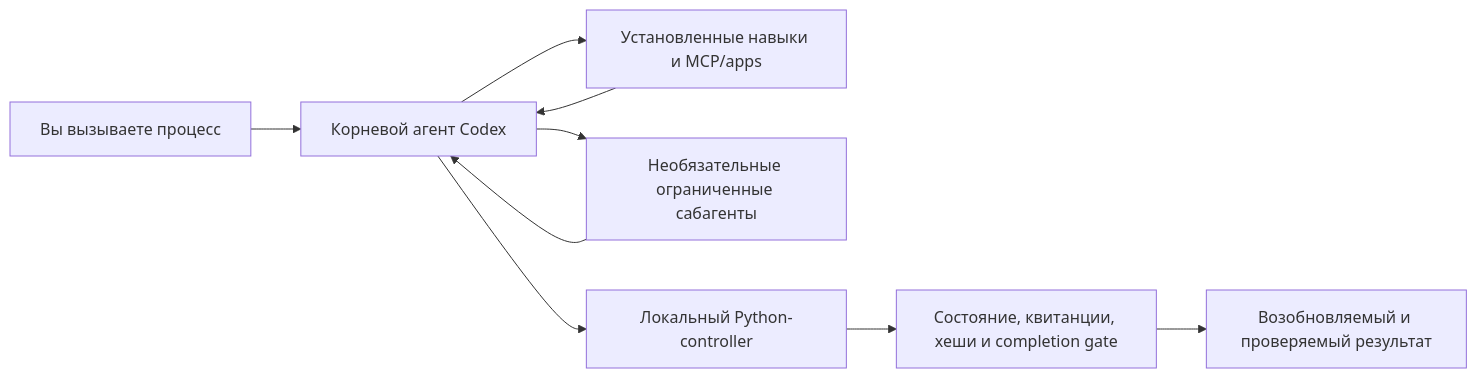
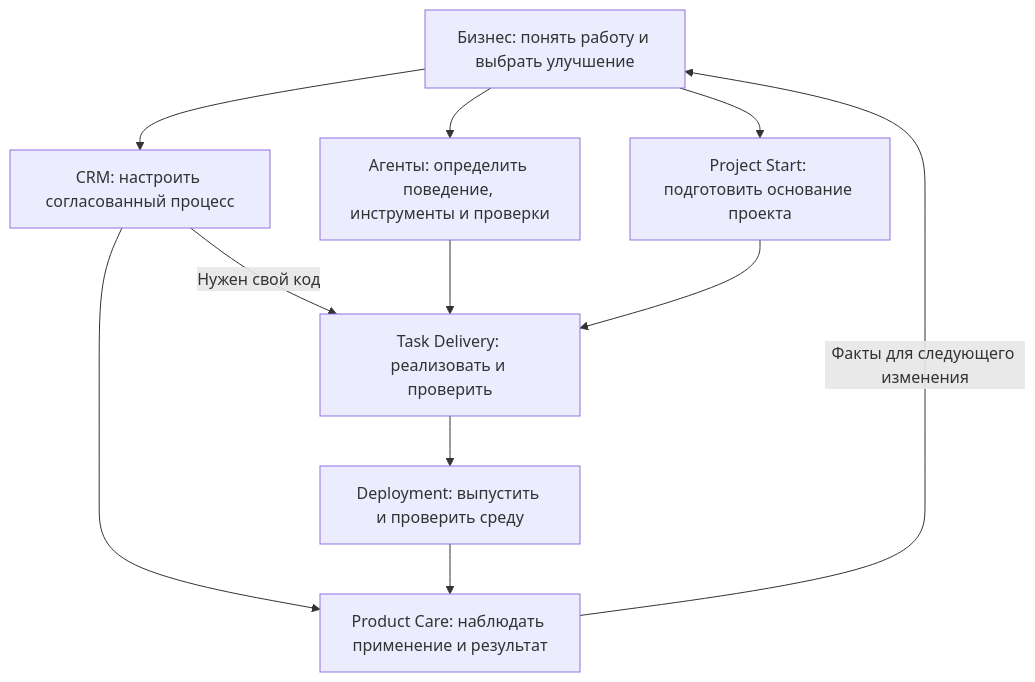
Before and after one commit to ArtemArzi/codex-agent-graphs: the diagram in README.ru.md, drawn with Mermaid. The commit also changed other lines of this file and 6 other files, not shown here.

````diff
--- a/README.ru.md
+++ b/README.ru.md
@@ -278,11 +49,13 @@
 ```mermaid
-flowchart LR
-    U["Вы вызываете процесс"] --> R["Корневой агент Codex"]
-    R --> S["Установленные навыки и MCP/apps"]
-    R --> A["Необязательные ограниченные сабагенты"]
-    R --> C["Локальный Python-controller"]
-    C --> E["Состояние, квитанции, хеши и completion gate"]
-    S --> R
-    A --> R
-    E --> D["Возобновляемый и проверяемый результат"]
+flowchart TD
+    B["Бизнес: понять работу и выбрать улучшение"] --> C["CRM: настроить согласованный процесс"]
+    B --> A["Агенты: определить поведение, инструменты и проверки"]
+    B --> P["Project Start: подготовить основание проекта"]
+    C -->|Нужен свой код| T["Task Delivery: реализовать и проверить"]
+    A --> T
+    P --> T
+    T --> D["Deployment: выпустить и проверить среду"]
+    C --> R["Product Care: наблюдать применение и результат"]
+    D --> R
+    R -->|Факты для следующего изменения| B
 ```
````
